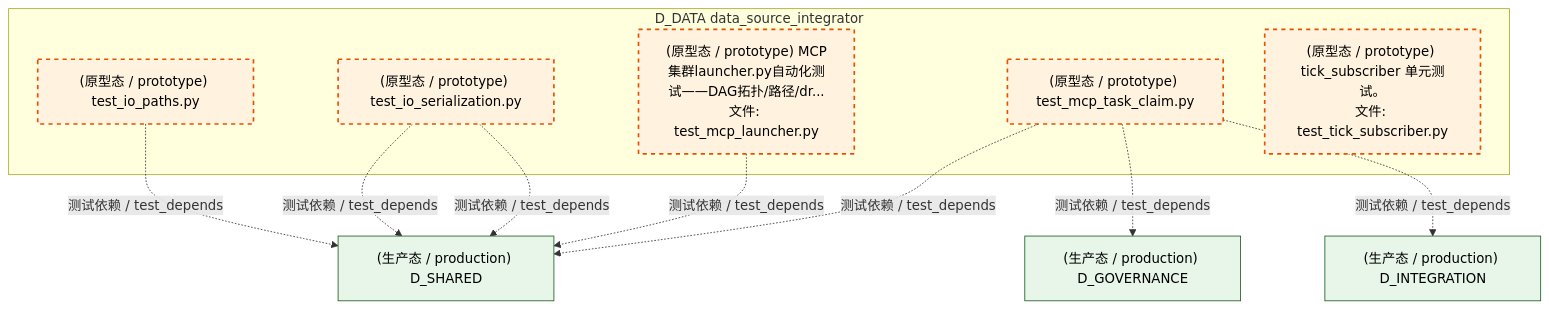
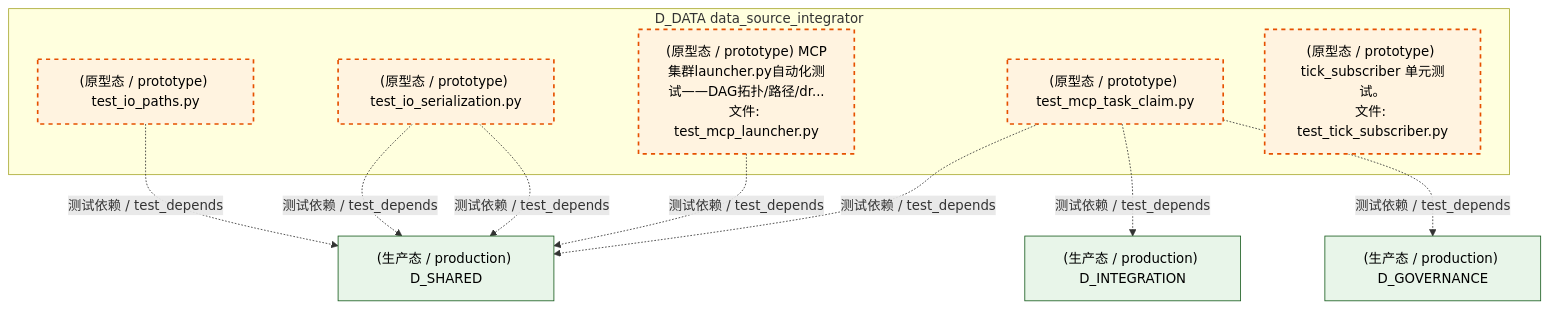
Before and after one commit to xuanFelixVan/ZephyrAlpha: the third of 6 diagrams in docs/02_enterprise_architecture/02_domain_architecture_docs/61_d_data.md, drawn with Mermaid. The commit also changed other lines of this file and 125 other files, not shown here.

````diff
--- a/docs/02_enterprise_architecture/02_domain_architecture_docs/61_d_data.md
+++ b/docs/02_enterprise_architecture/02_domain_architecture_docs/61_d_data.md
@@ -311,26 +313,26 @@
 ```mermaid
 graph TD
     subgraph D_DATA["D_DATA data_source_integrator"]
         tests_io_test_io_paths_py["(原型态 / prototype) test_io_paths.py"]
         tests_io_test_io_serialization_py["(原型态 / prototype) test_io_serialization.py"]
         tests_io_test_mcp_launcher_py["(原型态 / prototype) MCP集群launcher.py自动化测试——DAG拓扑/路径/dr...<br/>文件: test_mcp_launcher.py"]
         tests_io_test_mcp_task_claim_py["(原型态 / prototype) test_mcp_task_claim.py"]
         tests_zephyr_data_test_tick_subscriber_py["(原型态 / prototype) tick_subscriber 单元测试。<br/>文件: test_tick_subscriber.py"]
     end
     D_SHARED["(生产态 / production) D_SHARED"]
     tests_io_test_mcp_launcher_py -.->|测试依赖 / test_depends| D_SHARED
-    D_INTEGRATION["(生产态 / production) D_INTEGRATION"]
-    tests_io_test_mcp_task_claim_py -.->|测试依赖 / test_depends| D_INTEGRATION
     tests_io_test_io_serialization_py -.->|测试依赖 / test_depends| D_SHARED
     D_GOVERNANCE["(生产态 / production) D_GOVERNANCE"]
     tests_io_test_mcp_task_claim_py -.->|测试依赖 / test_depends| D_GOVERNANCE
+    D_INTEGRATION["(生产态 / production) D_INTEGRATION"]
+    tests_io_test_mcp_task_claim_py -.->|测试依赖 / test_depends| D_INTEGRATION
     tests_io_test_io_serialization_py -.->|测试依赖 / test_depends| D_SHARED
     tests_io_test_mcp_task_claim_py -.->|测试依赖 / test_depends| D_SHARED
     tests_io_test_io_paths_py -.->|测试依赖 / test_depends| D_SHARED
     classDef production fill:#e1f5fe,stroke:#01579b,stroke-width:2px,color:#000
     classDef design fill:#fff3e0,stroke:#e65100,stroke-width:2px,color:#000,stroke-dasharray: 5 5
     classDef external_prod fill:#e8f5e9,stroke:#1b5e20,stroke-width:1px,color:#000
     classDef external_design fill:#fce4ec,stroke:#880e4f,stroke-width:1px,color:#000,stroke-dasharray: 5 5
     class tests_io_test_io_paths_py,tests_io_test_io_serialization_py,tests_io_test_mcp_launcher_py,tests_io_test_mcp_task_claim_py,tests_zephyr_data_test_tick_subscriber_py design
-    class D_SHARED,D_INTEGRATION,D_GOVERNANCE external_prod
+    class D_SHARED,D_GOVERNANCE,D_INTEGRATION external_prod
 ```
````
